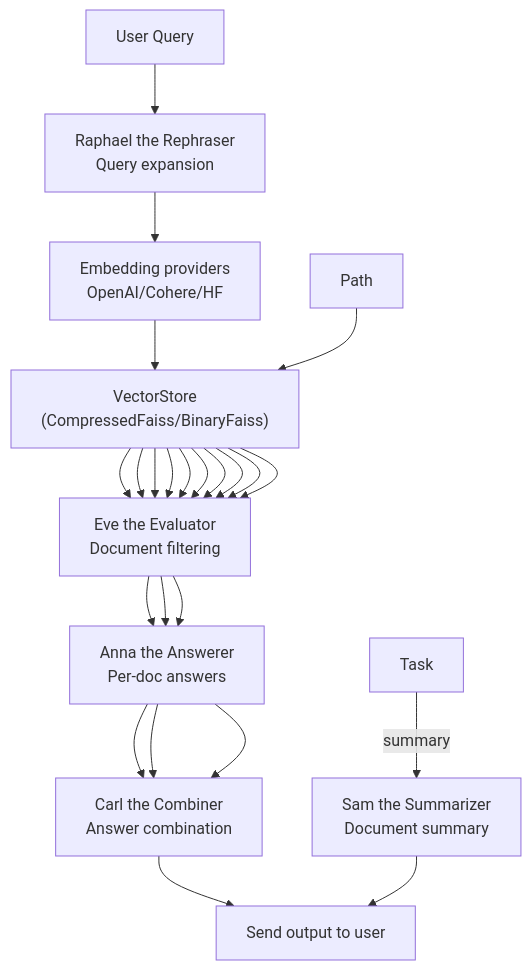
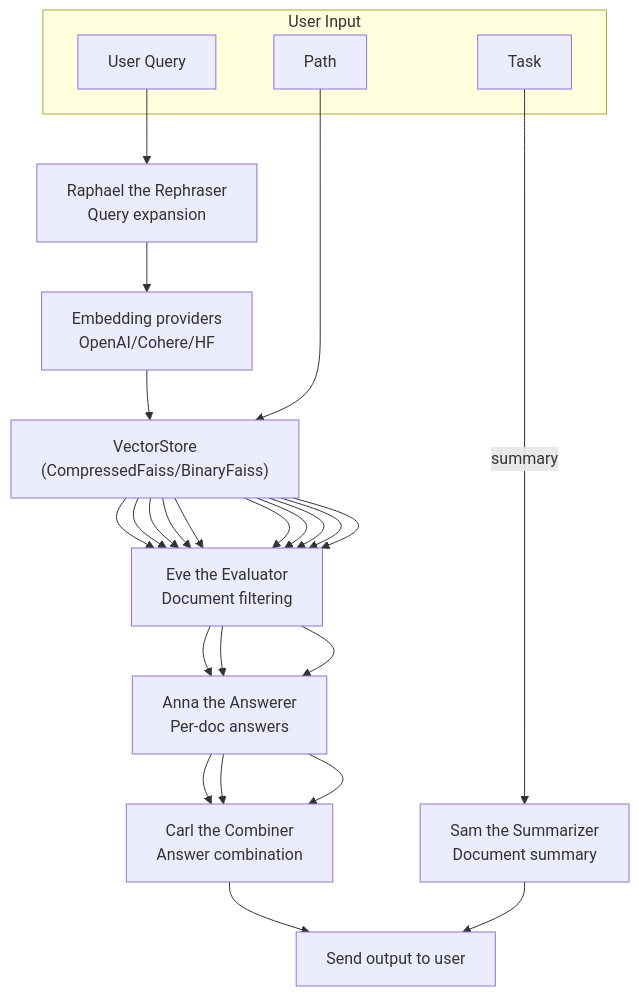
The diagram in images/diagram.mmd (thiswillbeyourgithub/wdoc), drawn with Mermaid before and after one commit.

Commit message:
feat: add "User Input" subgraph to group user-related nodes

```diff
--- a/images/diagram.mmd
+++ b/images/diagram.mmd
@@ -1,44 +1,46 @@
 flowchart TD
-    Task["Task"]
-    UserQuery["User Query"]
-    Path["Path"]
+    subgraph UserInput["User Input"]
+        Task["Task"]
+        UserQuery["User Query"]
+        Path["Path"]
+    end
 
     Embeddings["Embedding providers<br/>OpenAI/Cohere/HF"]
     VectorStore["VectorStore<br/>(CompressedFaiss/BinaryFaiss)"]
 
     Embeddings --> VectorStore
 
     Raphael["Raphael the Rephraser<br/>Query expansion"]
     Sam["Sam the Summarizer<br/>Document summary"]
     Eve["Eve the Evaluator<br/>Document filtering"]
     Anna["Anna the Answerer<br/>Per-doc answers"]
     Carl["Carl the Combiner<br/>Answer combination"]
 
     Path --> VectorStore
     UserQuery --> Raphael
     Raphael --> Embeddings
     
     VectorStore --> Eve
     VectorStore --> Eve
     VectorStore --> Eve
     VectorStore --> Eve
     VectorStore --> Eve
     VectorStore --> Eve
     VectorStore --> Eve
     VectorStore --> Eve
     VectorStore --> Eve
     VectorStore --> Eve
     
     Eve --> Anna
     Eve --> Anna
     Eve --> Anna
     
     Anna --> Carl
     Anna --> Carl
     Anna --> Carl
 
     Output["Send output to user"]
     Carl --> Output
     
     Task -->|summary| Sam
     Sam --> Output
```
